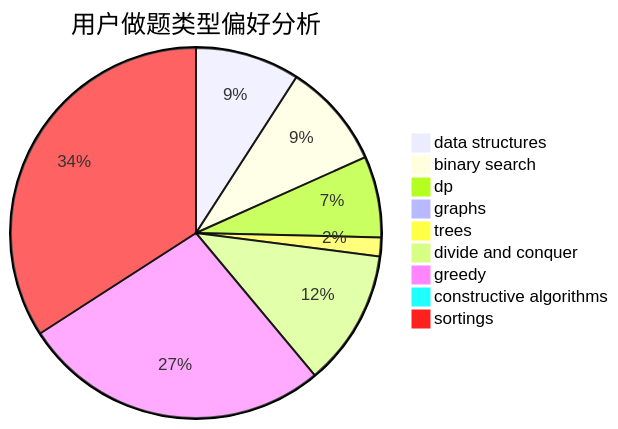
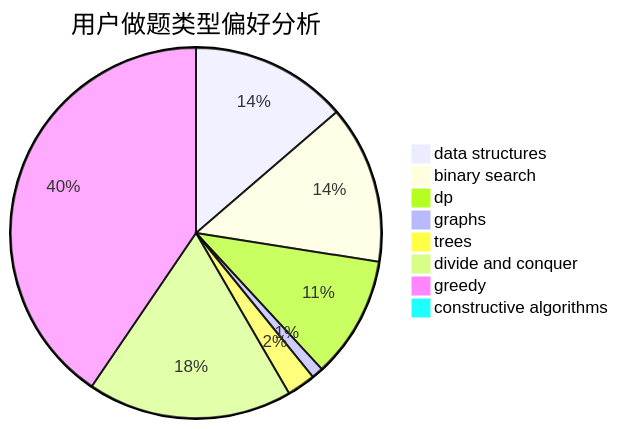
Before and after one commit to sherpahu/cfrs.github.io: the second of 3 diagrams in docs/user/u399.md, drawn with Mermaid. The commit also changed other lines of this file and 2769 other files, not shown here.

````diff
--- a/docs/user/u399.md
+++ b/docs/user/u399.md
@@ -18,12 +18,11 @@
 ```mermaid
 pie title 用户做题类型偏好分析
     "data structures" :  121
     "binary search" :  122
     "dp" :  94
     "graphs" :  9
     "trees" :  22
     "divide and conquer" :  158
     "greedy" :  358
     "constructive algorithms" :  2
-    "sortings" :  453
 ```
````
